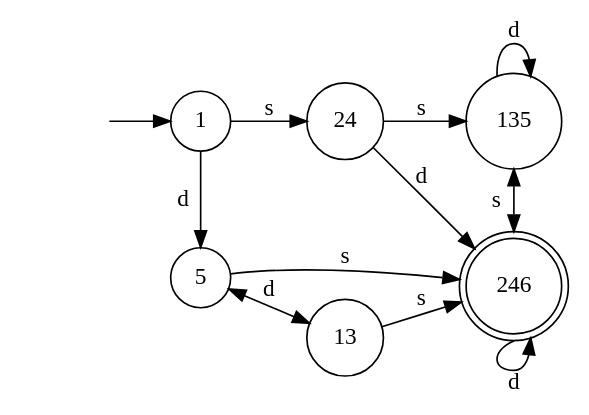
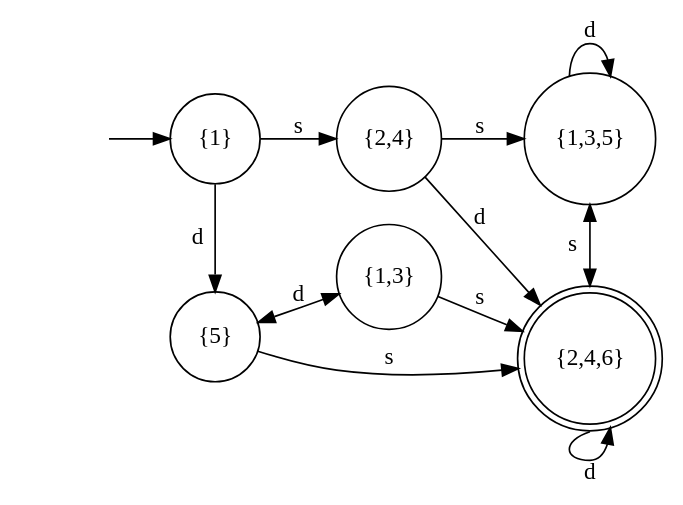
One commit to dzufferey/dzufferey.github.io changed the seventh of 11 diagrams in concurrency_theory_2018/notes_1.md. Above: the diagram before and after it, drawn with Graphviz. The commit also changed other lines of this file and 3 other files, not shown here.

````diff
--- a/concurrency_theory_2018/notes_1.md
+++ b/concurrency_theory_2018/notes_1.md
@@ -266,26 +266,31 @@
 ```graphviz
 digraph finite_state_machine {
 	rankdir=LR;
-	node [shape = circle];
+	node [shape = circle, width=0.75];
     subgraph top {
 	    init [shape = none, label = ""];
         init -> 1;
+        1 [label = "{1}"];
+        24 [label = "{2,4}"];
+        135 [label = "{1,3,5}"];
 	    1 -> 24 [ label = "s" ];
         24 -> 135 [ label = "s" ];
         135 -> 135 [ label = "d" ];
     }
     subgraph bottom {
 	    dummy [shape = none, label = ""];
-        246 [shape = doublecircle];
+        5 [label = "{5}"];
+        13 [label = "{1,3}"];
+        246 [shape = doublecircle, label = "{2,4,6}"];
         dummy -> 5 [ style=invis];
 	    5 -> 13 [ label = "d", dir=both ];
 	    13 -> 246 [ label = "s" ];
 	    5 -> 246 [ label = "s" ];
 	    246:s -> 246 [ label = "d" ];
     }
     edge [ constraint=false ];
 	1 -> 5 [ label = "d" ];
     24 -> 246 [ label = "d" ];
 	135 -> 246 [ label = "s", dir = both ];
 }
 ```
````
